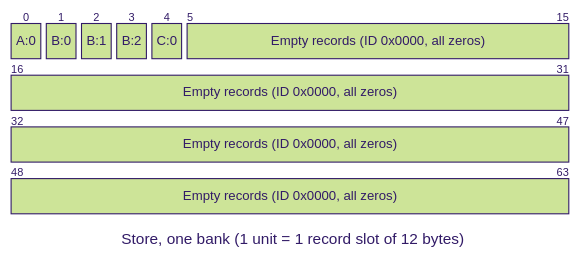
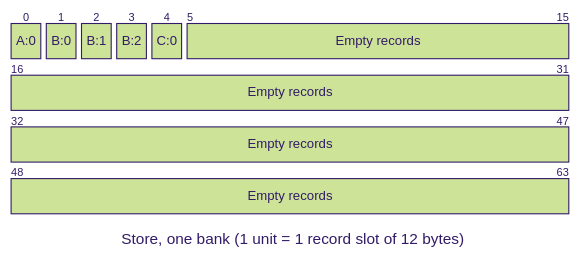
The third of 5 diagrams in fprime-samd/Svc/StaticPrmDb/docs/sdd.md (fprime-community/fprime-samd), drawn with Mermaid (forest theme) before and after one commit. The commit also changed other lines of this file and 9 other files, not shown here.

````diff
--- a/fprime-samd/Svc/StaticPrmDb/docs/sdd.md
+++ b/fprime-samd/Svc/StaticPrmDb/docs/sdd.md
@@ -90,15 +135,15 @@
 ```mermaid
 ---
 title: "Store, one bank (1 unit = 1 record slot of 12 bytes)"
 config:
   packet:
     bitsPerRow: 16
 ---
 packet-beta
 0-0: "A:0"
 1-1: "B:0"
 2-2: "B:1"
 3-3: "B:2"
 4-4: "C:0"
-5-63: "Empty records (ID 0x0000, all zeros)"
+5-63: "Empty records"
 ```
````
